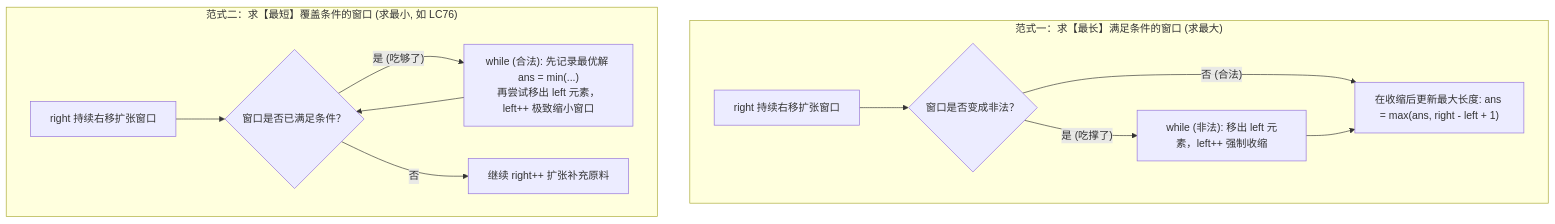
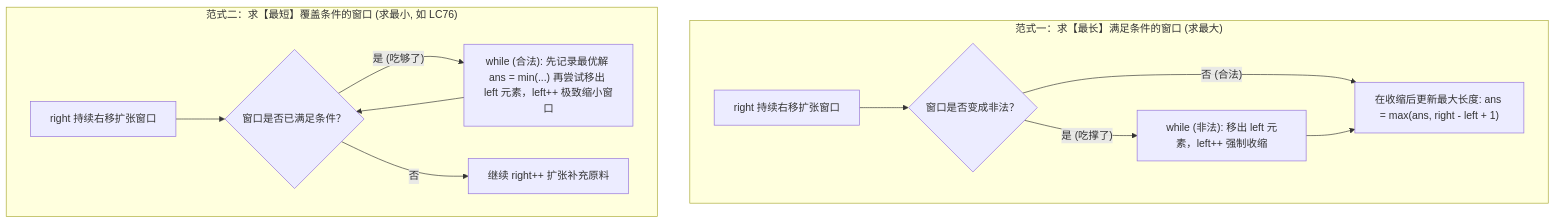
The diagram in 30-算法与数据结构/04-模板与技巧/02-模板-滑动窗口.md (GuoWWWX/knowledge-base), drawn with Mermaid before and after one commit. The commit also changed 251 other files, not shown here.

````diff
--- a/30-算法与数据结构/04-模板与技巧/02-模板-滑动窗口.md
+++ b/30-算法与数据结构/04-模板与技巧/02-模板-滑动窗口.md
@@ -21,16 +21,16 @@
 ```mermaid
 flowchart TD
     subgraph Pattern1["范式一：求【最长】满足条件的窗口 (求最大)"]
         A1["right 持续右移扩张窗口"] --> B1{"窗口是否变成非法？"}
         B1 -->|"是 (吃撑了)"| C1["while (非法): 移出 left 元素，left++ 强制收缩"]
         B1 -->|"否 (合法)"| D1["在收缩后更新最大长度: ans = max(ans, right - left + 1)"]
         C1 --> D1
     end
 
     subgraph Pattern2["范式二：求【最短】覆盖条件的窗口 (求最小, 如 LC76)"]
         A2["right 持续右移扩张窗口"] --> B2{"窗口是否已满足条件？"}
-        B2 -->|"是 (吃够了)"| C2["while (合法): 先记录最优解 ans = min(...)<br/>再尝试移出 left 元素，left++ 极致缩小窗口"]
+        B2 -->|"是 (吃够了)"| C2["while (合法): 先记录最优解 ans = min(...) 再尝试移出 left 元素，left++ 极致缩小窗口"]
         B2 -->|"否"| D2["继续 right++ 扩张补充原料"]
         C2 --> B2
     end
 ```
````
